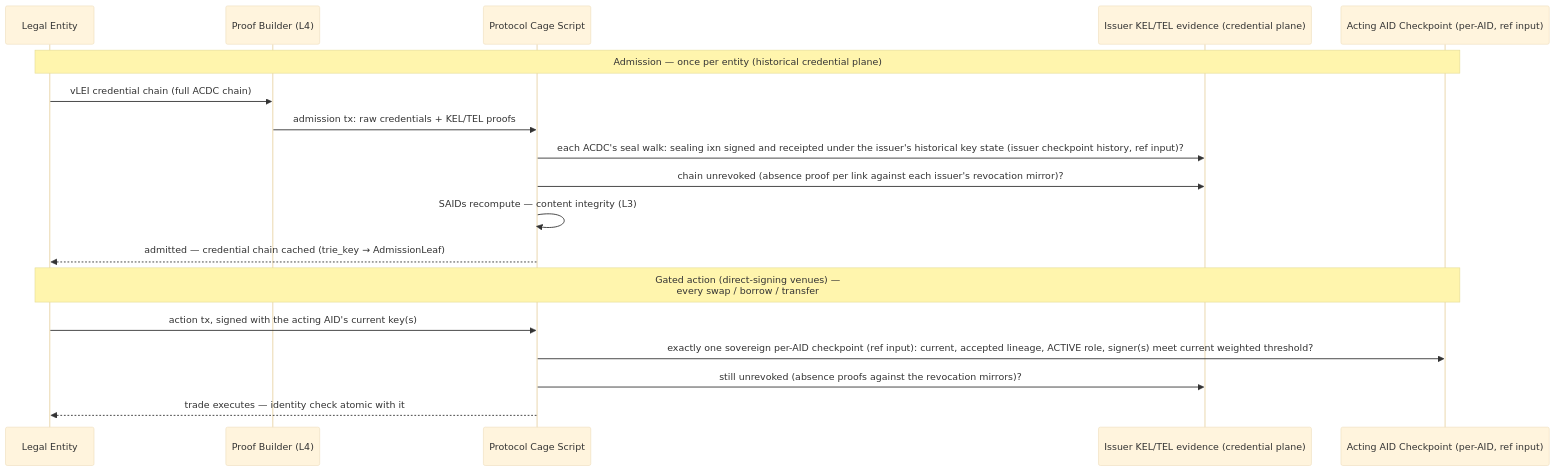
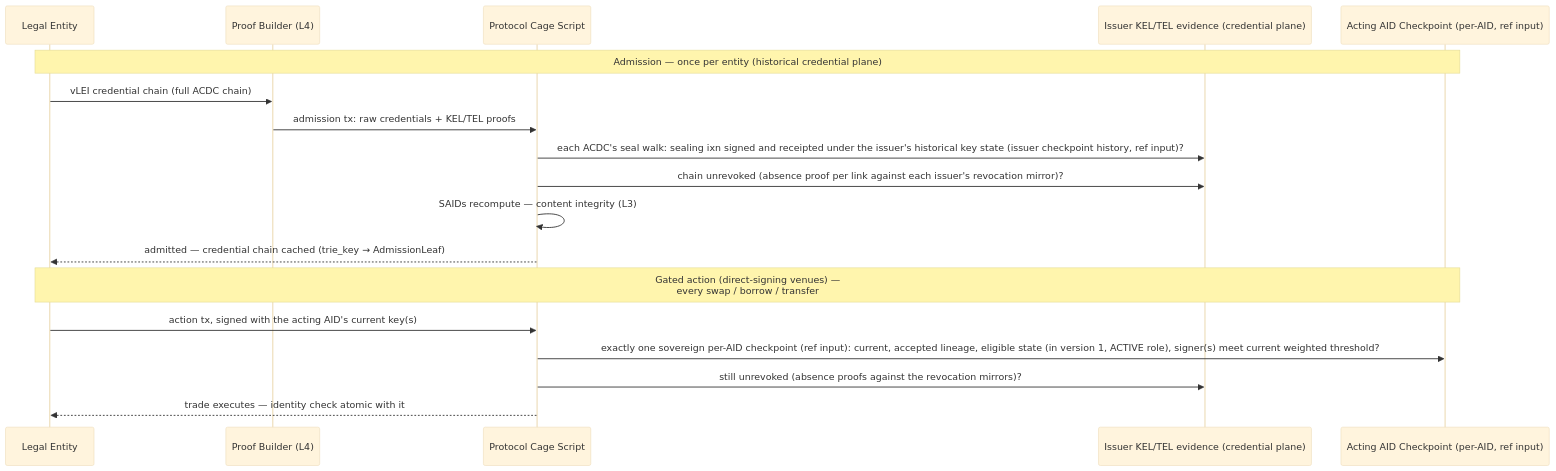
One commit to lambdasistemi/cardano-keri changed the diagram in docs/design/defi-gate.md. Above: the diagram before and after it, drawn with Mermaid (base theme). The commit also changed other lines of this file and 64 other files, not shown here.

First line of the commit message:
docs: align the design and architecture pages with the accepted model

````diff
--- a/docs/design/defi-gate.md
+++ b/docs/design/defi-gate.md
@@ -155,22 +150,22 @@
 ```mermaid
 sequenceDiagram
     participant LE as Legal Entity
     participant PB as Proof Builder (L4)
     participant Cage as Protocol Cage Script
     participant Cred as Issuer KEL/TEL evidence (credential plane)
     participant Chk as Acting AID Checkpoint (per-AID, ref input)
 
     Note over LE,Chk: Admission — once per entity (historical credential plane)
     LE->>PB: vLEI credential chain (full ACDC chain)
     PB->>Cage: admission tx: raw credentials + KEL/TEL proofs
     Cage->>Cred: each ACDC's seal walk: sealing ixn signed and receipted under the issuer's historical key state (issuer checkpoint history, ref input)?
     Cage->>Cred: chain unrevoked (absence proof per link against each issuer's revocation mirror)?
     Cage->>Cage: SAIDs recompute — content integrity (L3)
     Cage-->>LE: admitted — credential chain cached (trie_key → AdmissionLeaf)
 
     Note over LE,Chk: Gated action (direct-signing venues) —<br/>every swap / borrow / transfer
     LE->>Cage: action tx, signed with the acting AID's current key(s)
-    Cage->>Chk: exactly one sovereign per-AID checkpoint (ref input): current, accepted lineage, ACTIVE role, signer(s) meet current weighted threshold?
+    Cage->>Chk: exactly one sovereign per-AID checkpoint (ref input): current, accepted lineage, eligible state (in version 1, ACTIVE role), signer(s) meet current weighted threshold?
     Cage->>Cred: still unrevoked (absence proofs against the revocation mirrors)?
     Cage-->>LE: trade executes — identity check atomic with it
 ```
````
